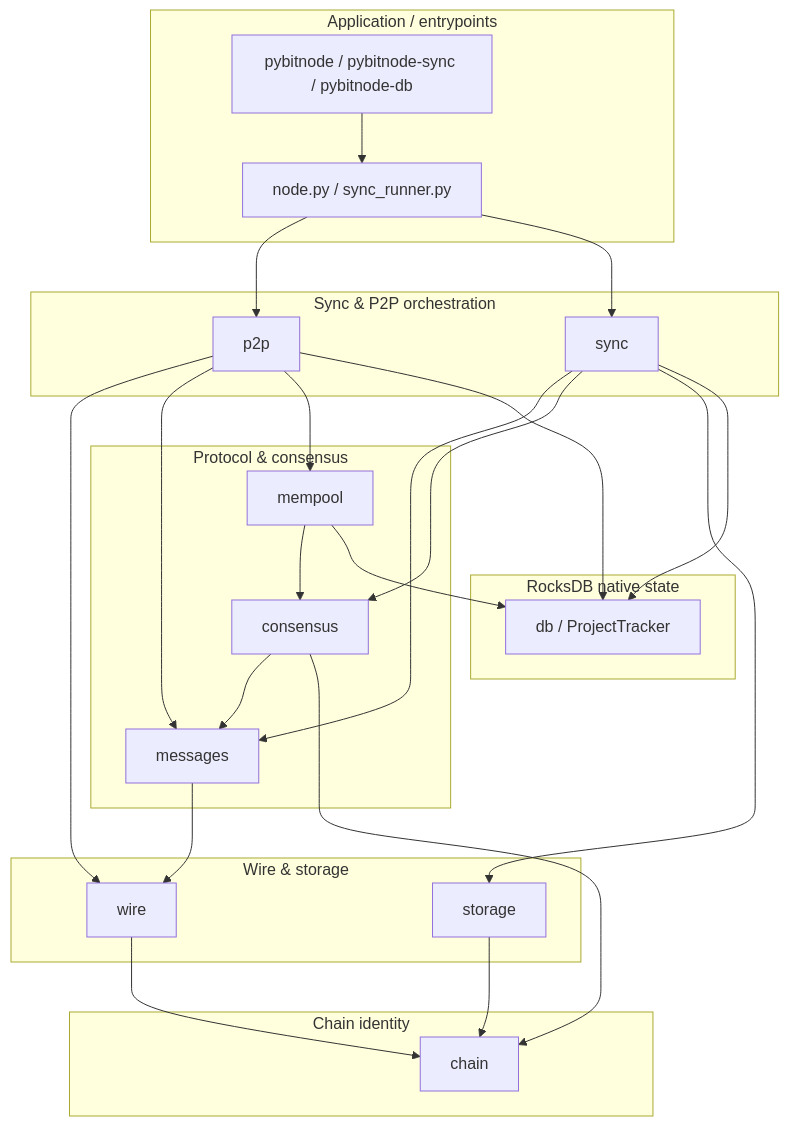
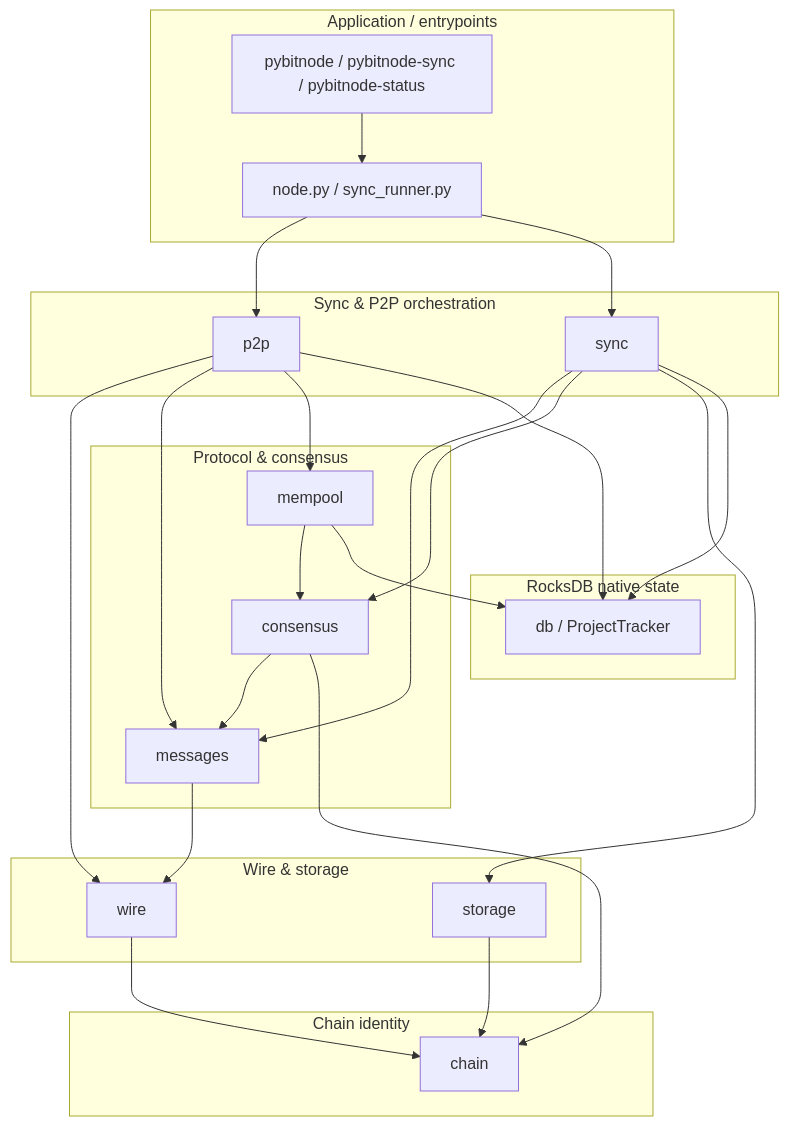
One commit to donavonguyot/rosetta-bitcoin changed the diagram in Nodes/Python/docs/ARCHITECTURE.md. Above: the diagram before and after it, drawn with Mermaid. The commit also changed other lines of this file and 20 other files, not shown here.

````diff
--- a/Nodes/Python/docs/ARCHITECTURE.md
+++ b/Nodes/Python/docs/ARCHITECTURE.md
@@ -9,50 +9,50 @@
 ```mermaid
 flowchart TB
     subgraph app["Application / entrypoints"]
-        CLI[pybitnode / pybitnode-sync / pybitnode-db]
+        CLI[pybitnode / pybitnode-sync / pybitnode-status]
         Node[node.py / sync_runner.py]
     end
 
     subgraph sync_p2p["Sync & P2P orchestration"]
         P2P[p2p]
         Sync[sync]
     end
 
     subgraph domain["Protocol & consensus"]
         Msg[messages]
         Cons[consensus]
         Mpool[mempool]
     end
 
     subgraph io["Wire & storage"]
         Wire[wire]
         Sto[storage]
     end
 
     subgraph params["Chain identity"]
         Chain[chain]
     end
 
     subgraph persist["RocksDB native state"]
         DB[db / ProjectTracker]
     end
 
     CLI --> Node
     Node --> P2P
     Node --> Sync
     P2P --> Wire
     P2P --> Msg
     Sync --> Msg
     Sync --> Cons
     Sync --> Sto
     P2P --> Mpool
     Mpool --> Cons
     Mpool --> DB
     Sync --> DB
     P2P --> DB
     Msg --> Wire
     Cons --> Msg
     Cons --> Chain
     Sto --> Chain
     Wire --> Chain
 ```
````
